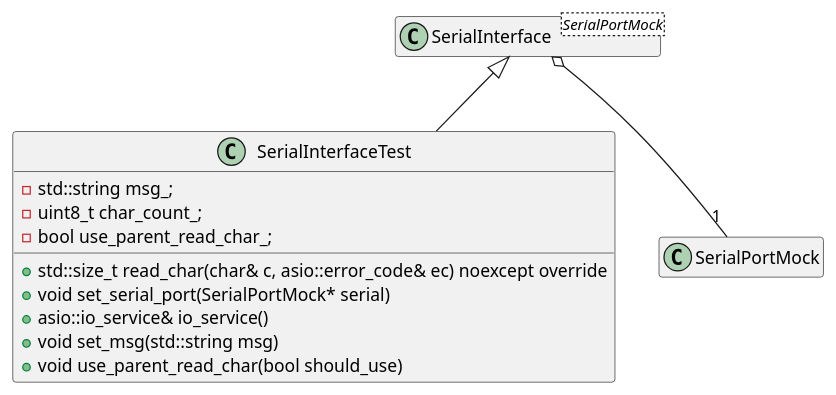
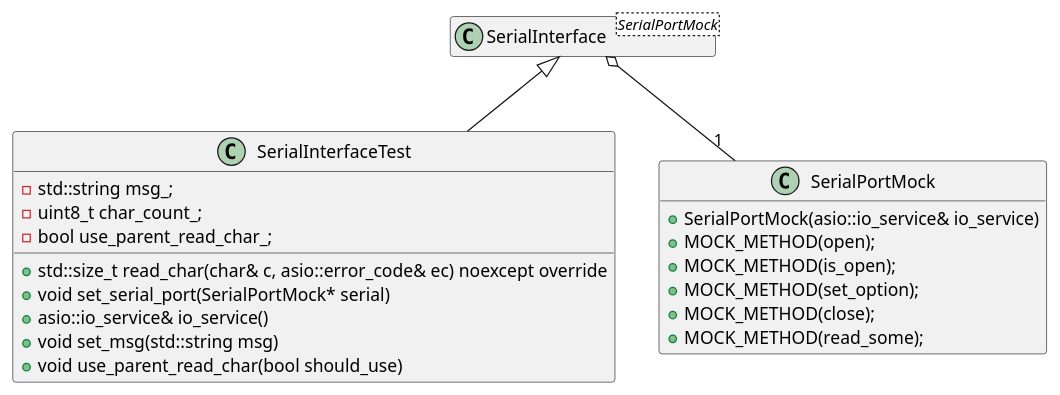
The diagram in docs/uml/SerialInterfaceTests.puml (EduPonz/easynmea), drawn with PlantUML before and after one commit.

Commit message:
Refs #23: Improve SerialPortMock UML diagram

```diff
--- a/docs/uml/SerialInterfaceTests.puml
+++ b/docs/uml/SerialInterfaceTests.puml
@@ -1,22 +1,30 @@
 @startuml SerialInterfaceTests
 hide empty members
 
 class SerialInterface<SerialPortMock>
 
 class SerialInterfaceTest
 {
     + std::size_t read_char(char& c, asio::error_code& ec) noexcept override
     + void set_serial_port(SerialPortMock* serial)
     + asio::io_service& io_service()
     + void set_msg(std::string msg)
     + void use_parent_read_char(bool should_use)
     - std::string msg_;
     - uint8_t char_count_;
     - bool use_parent_read_char_;
 }
 
 class SerialPortMock
+{
+    + SerialPortMock(asio::io_service& io_service)
+    + MOCK_METHOD(open);
+    + MOCK_METHOD(is_open);
+    + MOCK_METHOD(set_option);
+    + MOCK_METHOD(close);
+    + MOCK_METHOD(read_some);
+}
 
 SerialInterface o-- "1" SerialPortMock
 SerialInterface <|-- SerialInterfaceTest
 @enduml
```
